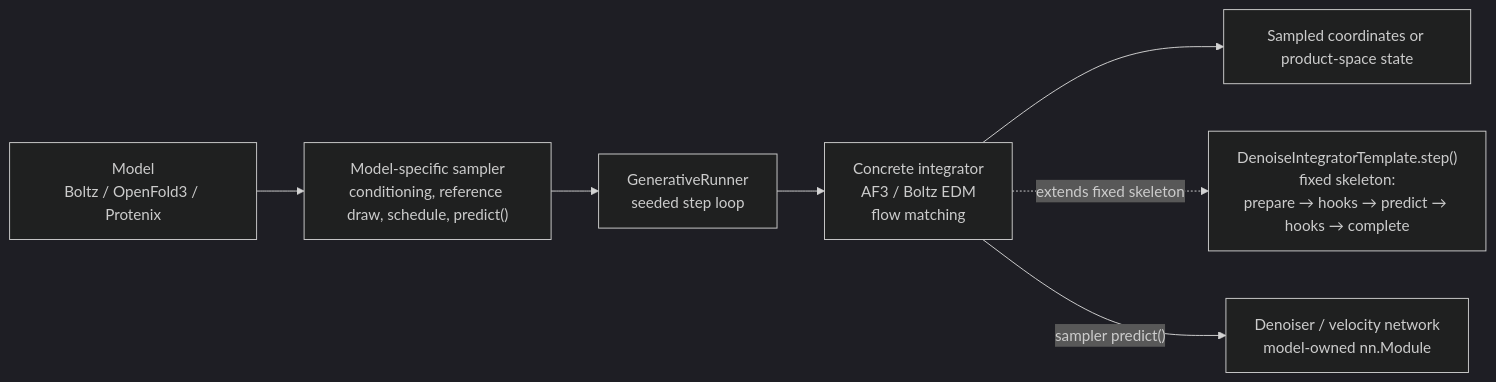
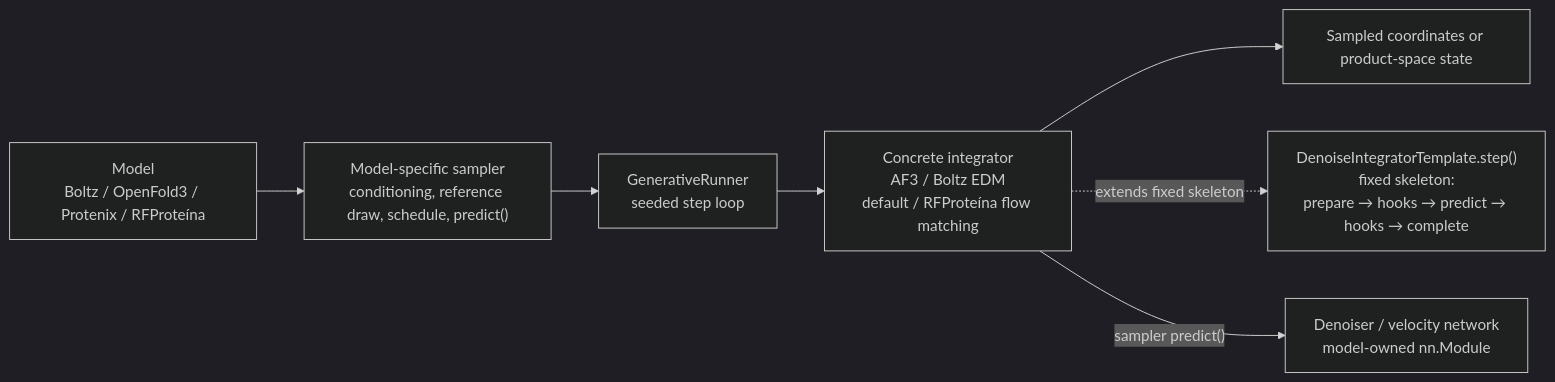
One commit to NVIDIA-BioNeMo/BioNeMo-Inference-Runtime changed the diagram in docs/ref/sampling.md. Above: the diagram before and after it, drawn with Mermaid (dark theme). The commit also changed other lines of this file and 97 other files, not shown here.

````diff
--- a/docs/ref/sampling.md
+++ b/docs/ref/sampling.md
@@ -28,14 +28,14 @@
 ```mermaid
 flowchart LR
-    M["Model<br/>Boltz / OpenFold3 / Protenix"]
+    M["Model<br/>Boltz / OpenFold3 / Protenix / RFProteína"]
     S["Model-specific sampler<br/>conditioning, reference draw, schedule, predict()"]
     R["GenerativeRunner<br/>seeded step loop"]
-    I["Concrete integrator<br/>AF3 / Boltz EDM<br/>flow matching"]
+    I["Concrete integrator<br/>AF3 / Boltz EDM<br/>default / RFProteína flow matching"]
     T["DenoiseIntegratorTemplate.step()<br/>fixed skeleton:<br/>prepare → hooks → predict → hooks → complete"]
     D["Denoiser / velocity network<br/>model-owned nn.Module"]
     O["Sampled coordinates or product-space state"]
 
     M --> S --> R --> I --> O
     I -.->|"extends fixed skeleton"| T
     I -->|"sampler predict()"| D
 ```
````
